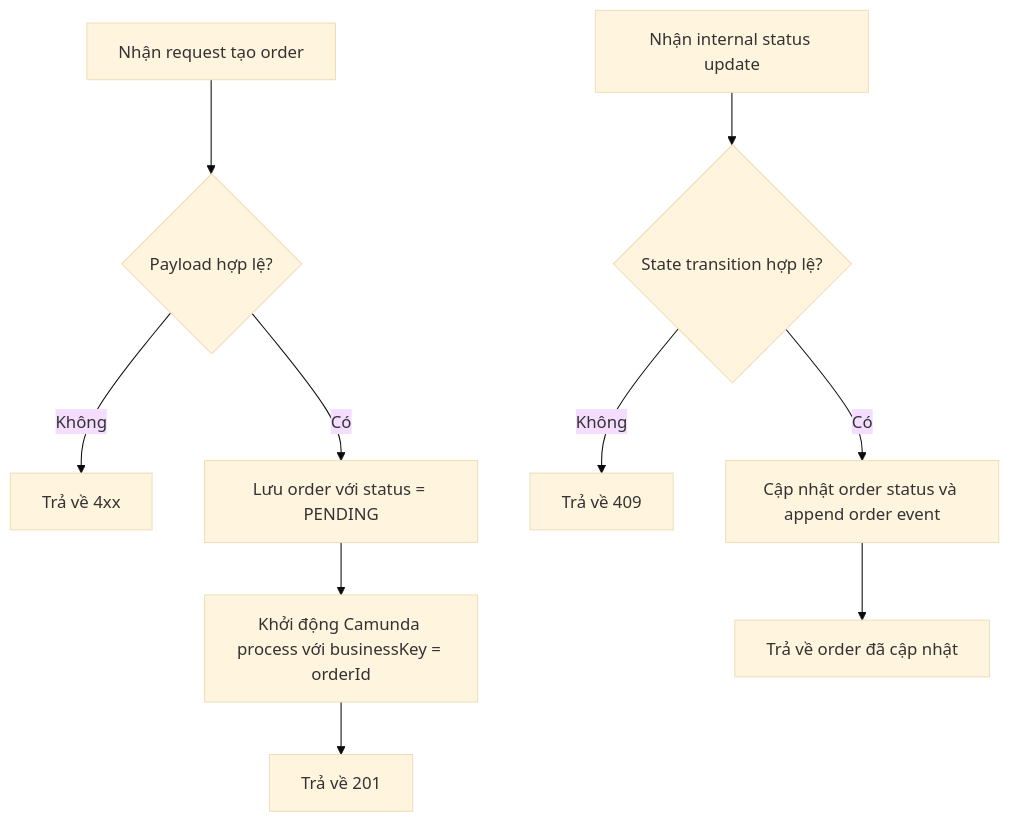
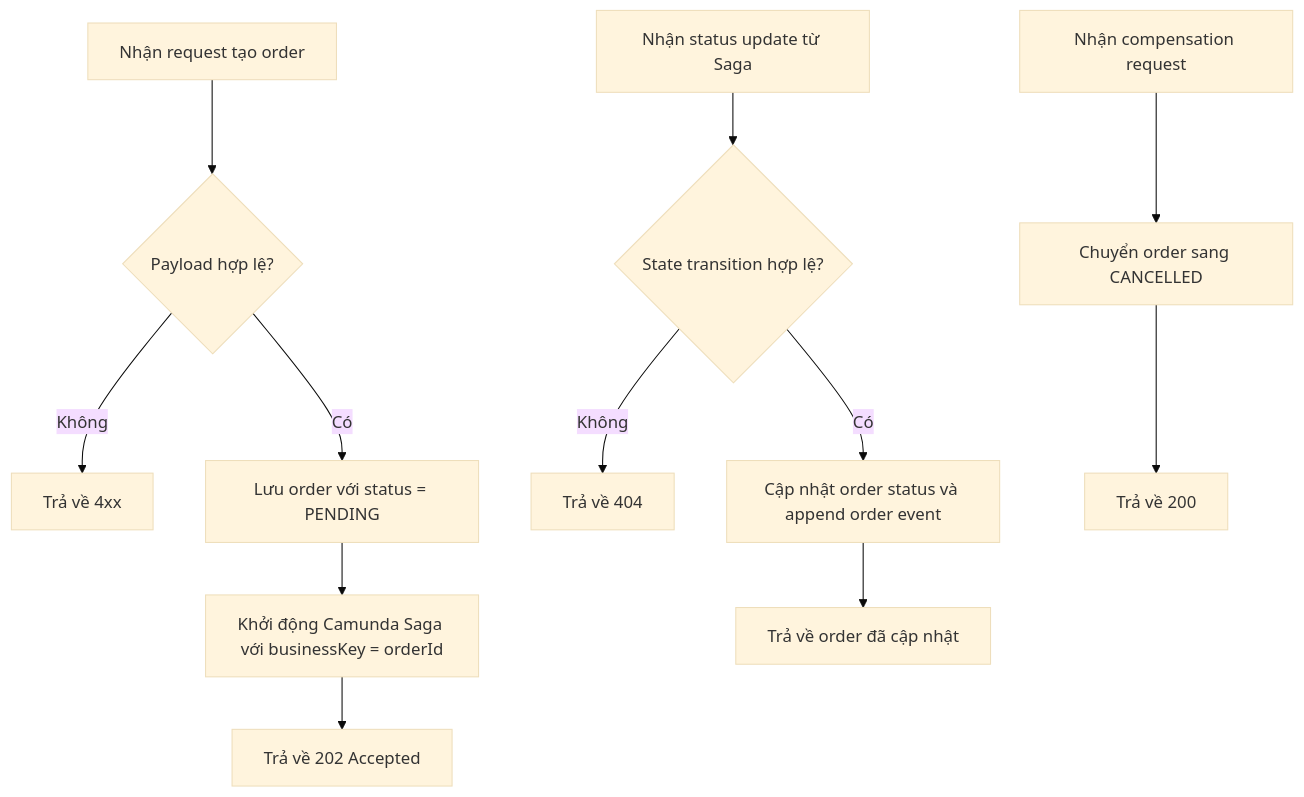
Before and after one commit to baosatboiz/asd: the fifth of 7 diagrams in analysis-and-design-ddd.md, drawn with Mermaid (base theme). The commit also changed other lines of this file, not shown here.

````diff
--- a/analysis-and-design-ddd.md
+++ b/analysis-and-design-ddd.md
@@ -304,13 +293,16 @@
 ```mermaid
 flowchart TD
     A[Nhận request tạo order] --> B{Payload hợp lệ?}
     B -->|Không| C[Trả về 4xx]
     B -->|Có| D[Lưu order với status = PENDING]
-    D --> E[Khởi động Camunda process với businessKey = orderId]
-    E --> F[Trả về 201]
+    D --> E[Khởi động Camunda Saga với businessKey = orderId]
+    E --> F[Trả về 202 Accepted]
 
-    G[Nhận internal status update] --> H{State transition hợp lệ?}
-    H -->|Không| I[Trả về 409]
+    G[Nhận status update từ Saga] --> H{State transition hợp lệ?}
+    H -->|Không| I[Trả về 404]
     H -->|Có| J[Cập nhật order status và append order event]
     J --> K[Trả về order đã cập nhật]
+
+    L[Nhận compensation request] --> M[Chuyển order sang CANCELLED]
+    M --> N[Trả về 200]
 ```
````
